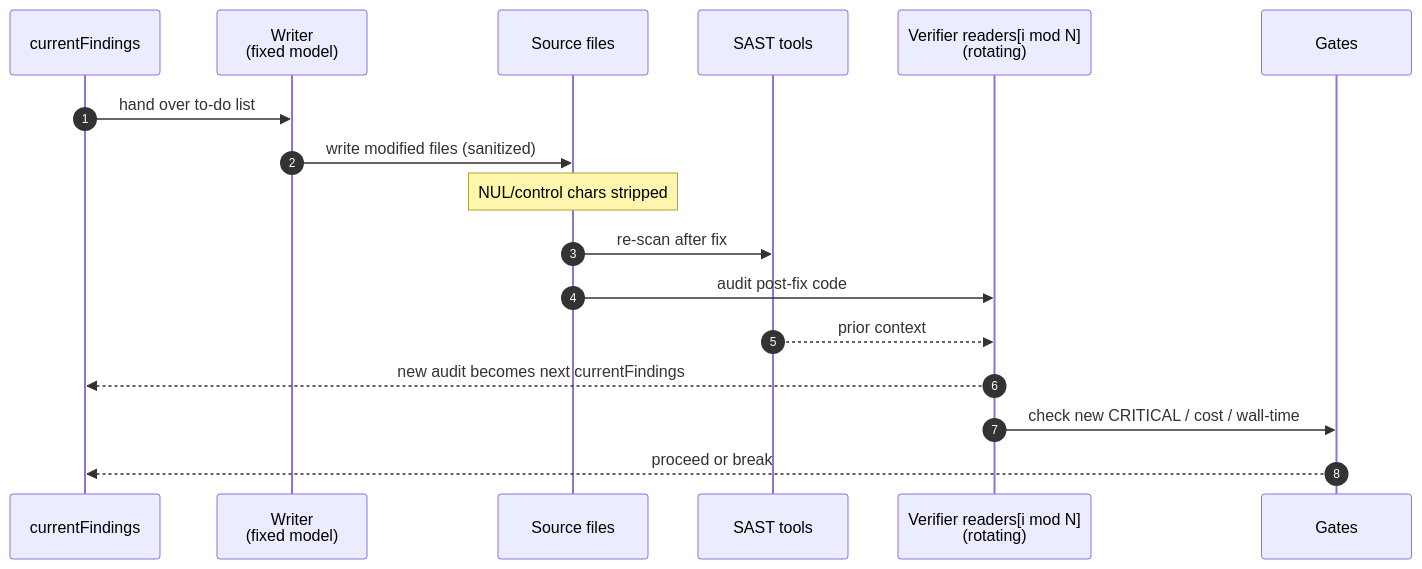
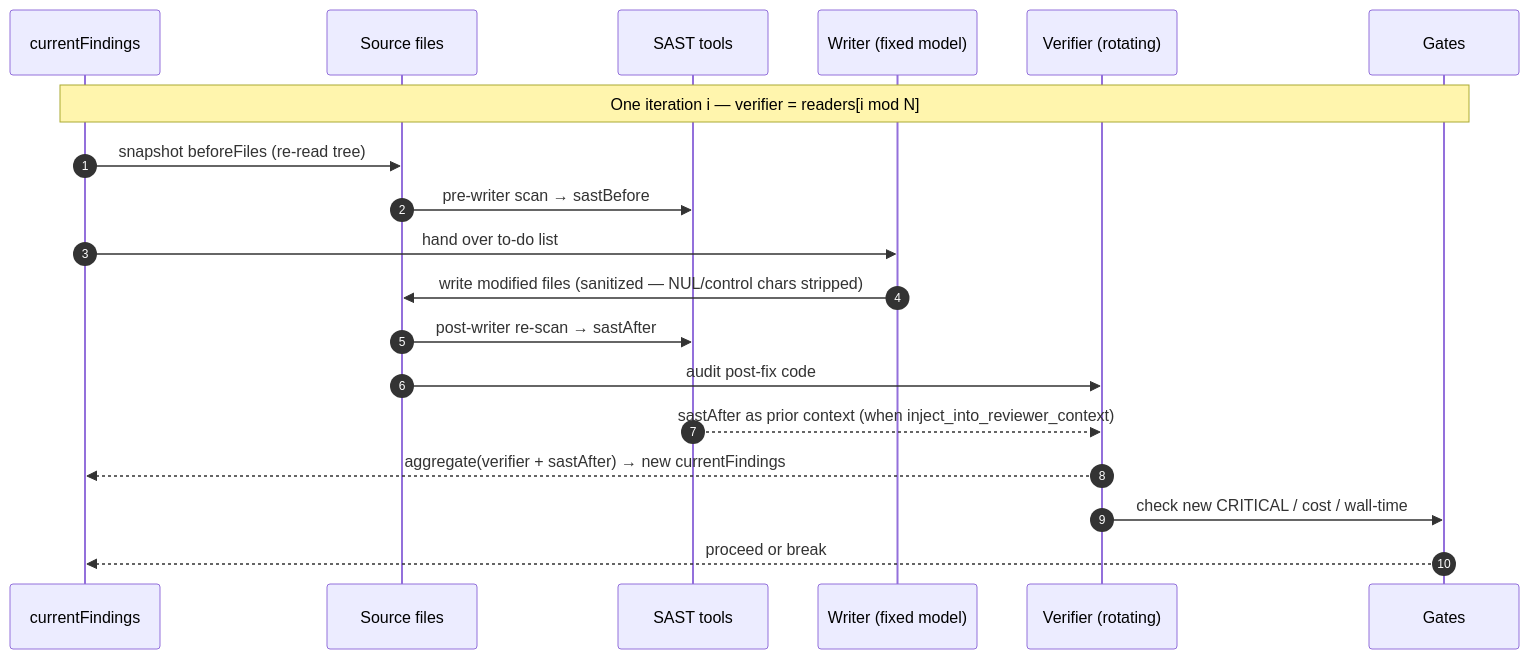
One commit to fonCki/secure-review changed the fifth of 7 diagrams in WORKFLOW.md. Above: the diagram before and after it, drawn with Mermaid. The commit also changed 2 other files, not shown here.

Commit message:
docs: fix Mermaid sequence diagram (0.5.6)
Gemini validator caught two real issues in the 0.5.5 sequence diagram:

1. Mermaid sequenceDiagram does not reliably support <br/> inside
   'participant X as ...' aliases (renders as literal text in many
   viewers). Collapsed participant aliases to one line.

2. The sequence diagram skipped the pre-writer SAST + file-read step.
   Actual code (src/modes/fix.ts) reads beforeFiles and runs sastBefore
   BEFORE the writer fires (recorded in IterationRecord.sastBefore),
   so the diagram was missing a load-bearing step. Added it back.

Pure docs accuracy. No behavior changes.

````diff
--- a/WORKFLOW.md
+++ b/WORKFLOW.md
@@ -180,20 +180,23 @@
 ```mermaid
 sequenceDiagram
     autonumber
     participant Cur as currentFindings
-    participant W as Writer<br/>(fixed model)
     participant Files as Source files
     participant SAST as SAST tools
-    participant V as Verifier readers[i mod N]<br/>(rotating)
+    participant W as Writer (fixed model)
+    participant V as Verifier (rotating)
     participant Gate as Gates
 
+    Note over Cur,Gate: One iteration i — verifier = readers[i mod N]
+
+    Cur->>Files: snapshot beforeFiles (re-read tree)
+    Files->>SAST: pre-writer scan → sastBefore
     Cur->>W: hand over to-do list
-    W->>Files: write modified files (sanitized)
-    Note over Files: NUL/control chars stripped
-    Files->>SAST: re-scan after fix
+    W->>Files: write modified files (sanitized — NUL/control chars stripped)
+    Files->>SAST: post-writer re-scan → sastAfter
     Files->>V: audit post-fix code
-    SAST-->>V: prior context
-    V-->>Cur: new audit becomes next currentFindings
+    SAST-->>V: sastAfter as prior context (when inject_into_reviewer_context)
+    V-->>Cur: aggregate(verifier + sastAfter) → new currentFindings
     V->>Gate: check new CRITICAL / cost / wall-time
     Gate-->>Cur: proceed or break
 ```
````
